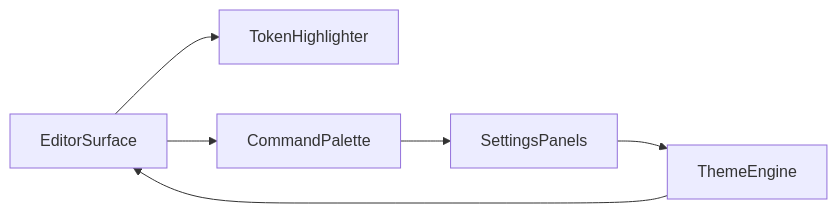
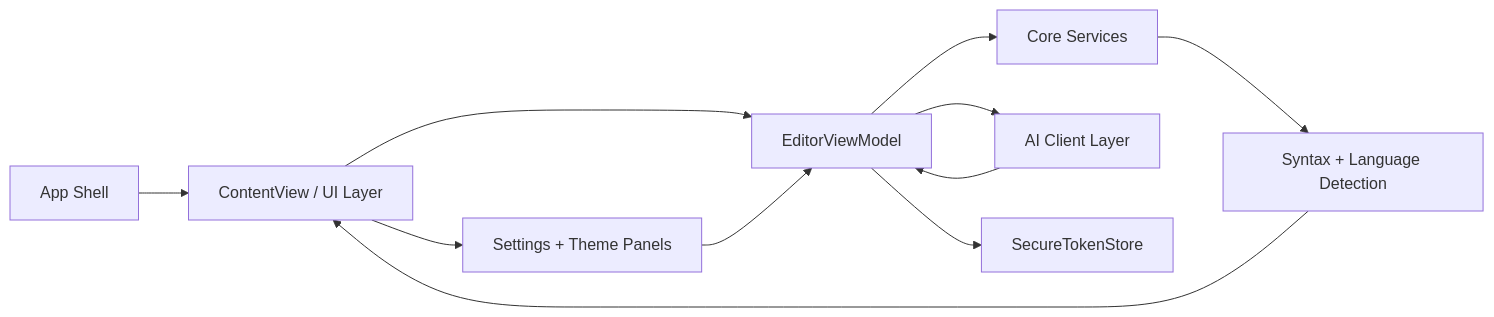
One commit to h3pdesign/appsh3p changed the diagram in docs/apps/neon-vision-editor/components-overview.md. Above: the diagram before and after it, drawn with Mermaid. The commit also changed other lines of this file and 130 other files, not shown here.

````diff
--- a/docs/apps/neon-vision-editor/components-overview.md
+++ b/docs/apps/neon-vision-editor/components-overview.md
@@ -18,8 +66,13 @@
 ```mermaid
 flowchart LR
-  A["EditorSurface"] --> B["TokenHighlighter"]
-  A --> C["CommandPalette"]
-  C --> D["SettingsPanels"]
-  D --> E["ThemeEngine"]
-  E --> A
+  A["App Shell"] --> B["ContentView / UI Layer"]
+  B --> C["EditorViewModel"]
+  C --> D["Core Services"]
+  C --> E["AI Client Layer"]
+  D --> F["Syntax + Language Detection"]
+  C --> G["SecureTokenStore"]
+  B --> H["Settings + Theme Panels"]
+  H --> C
+  E --> C
+  F --> B
 ```
````
